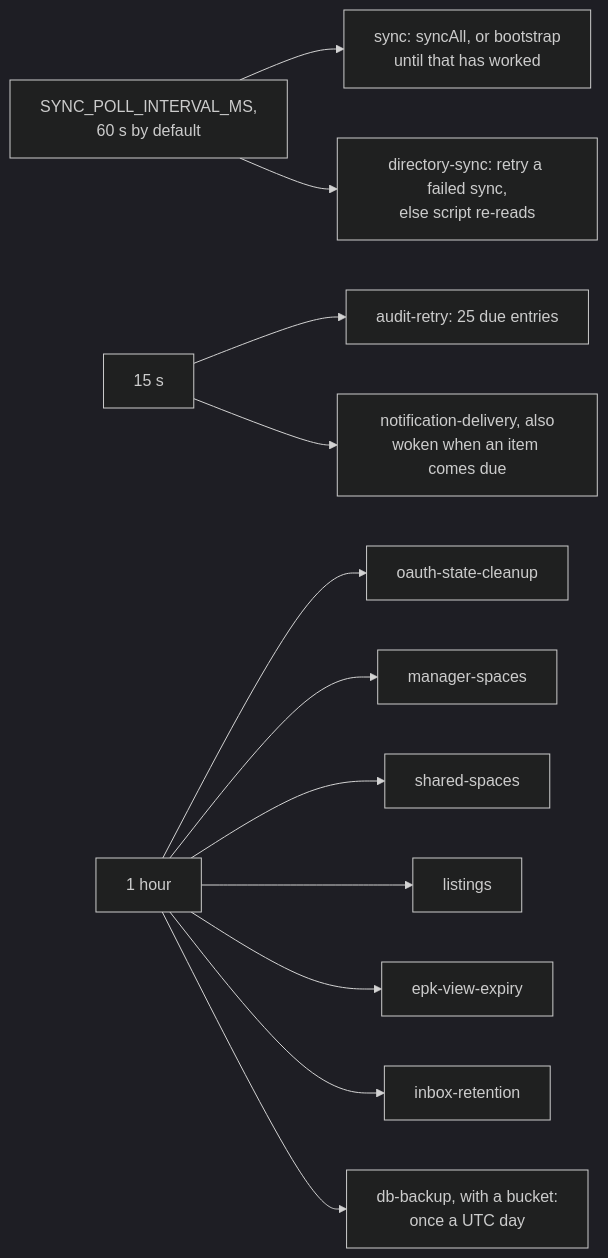
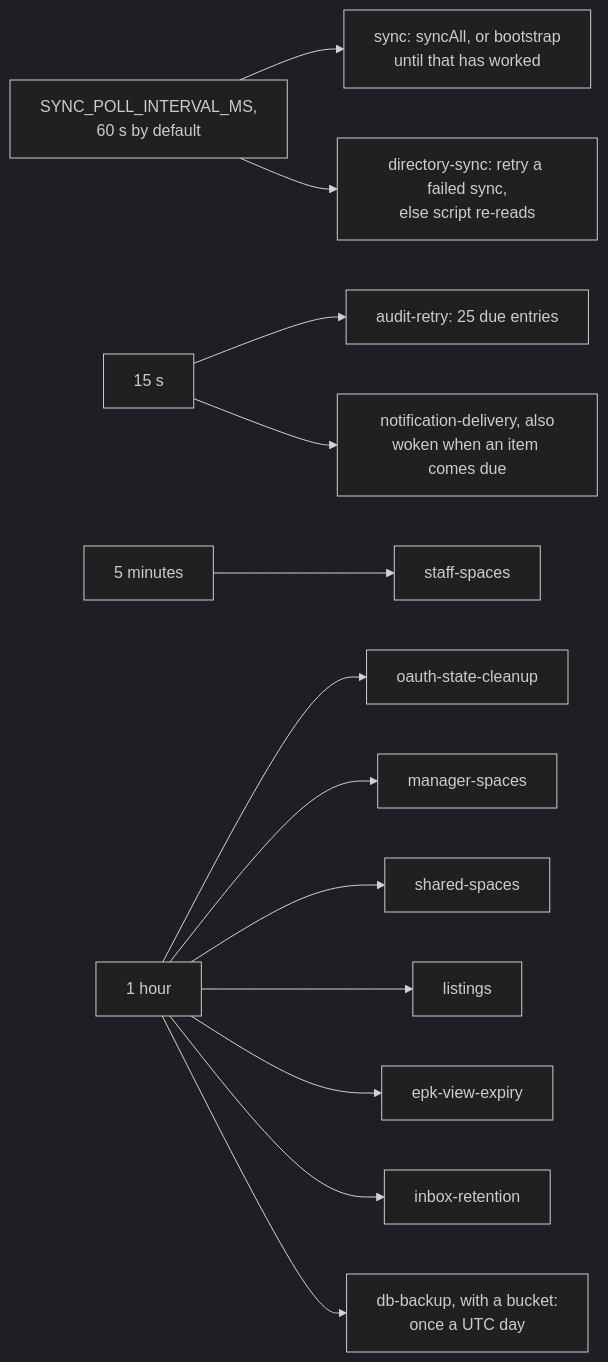
One commit to cutenode/localnetwork changed the second of 7 diagrams in apps/web/docs/diagrams/jobs-and-directory.md. Above: the diagram before and after it, drawn with Mermaid (dark theme). The commit also changed other lines of this file and 8 other files, not shown here.

First line of the commit message:
docs(web): bring the diagrams in line with the code

````diff
--- a/apps/web/docs/diagrams/jobs-and-directory.md
+++ b/apps/web/docs/diagrams/jobs-and-directory.md
@@ -38,14 +38,15 @@
 ```mermaid
 flowchart LR
   Poll["SYNC_POLL_INTERVAL_MS,<br/>60 s by default"] --> P1["sync: syncAll, or bootstrap<br/>until that has worked"]
   Poll --> P2["directory-sync: retry a failed sync,<br/>else script re-reads"]
   Quick["15 s"] --> Q1["audit-retry: 25 due entries"]
   Quick --> Q2["notification-delivery, also<br/>woken when an item comes due"]
+  Five["5 minutes"] --> F1["staff-spaces"]
   Hour["1 hour"] --> H1["oauth-state-cleanup"]
   Hour --> H2["manager-spaces"]
   Hour --> H3["shared-spaces"]
   Hour --> H4["listings"]
   Hour --> H5["epk-view-expiry"]
   Hour --> H6["inbox-retention"]
   Hour --> H7["db-backup, with a bucket:<br/>once a UTC day"]
 ```
````
